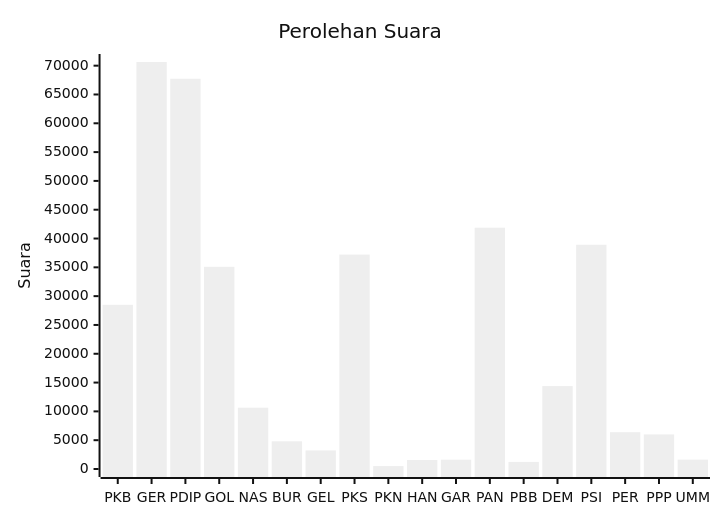
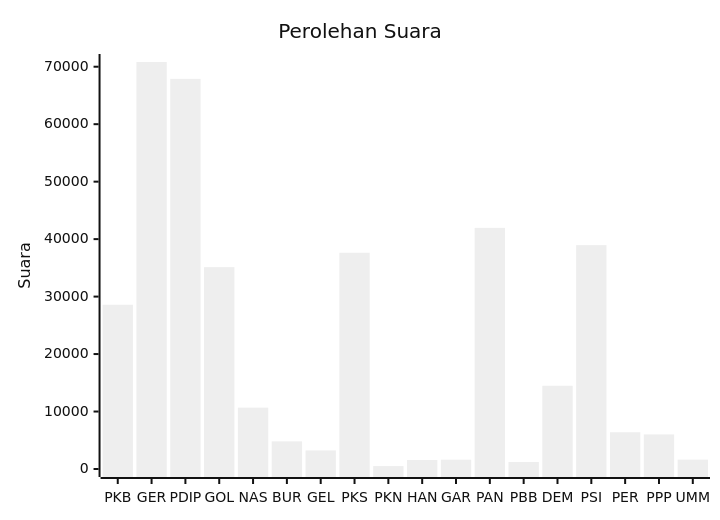
The diagram in pileg-dpr/hitung-suara/sub/table-wilayah-99.md (gigit-pemilu/pemilu-2024), drawn with Mermaid (neutral theme) before and after one commit. The commit also changed other lines of this file and 28 other files, not shown here.

````diff
--- a/pileg-dpr/hitung-suara/sub/table-wilayah-99.md
+++ b/pileg-dpr/hitung-suara/sub/table-wilayah-99.md
@@ -7,7 +7,7 @@
 ```mermaid
 xychart-beta
     title "Perolehan Suara"
     x-axis [PKB, GER, PDIP, GOL, NAS, BUR, GEL, PKS, PKN, HAN, GAR, PAN, PBB, DEM, PSI, PER, PPP, UMM]
-    y-axis "Suara" 0 --> 70637
-    bar [28499, 70637, 67727, 35091, 10635, 4809, 3226, 37216, 502, 1568, 1613, 41877, 1227, 14393, 38916, 6383, 6005, 1623]
+    y-axis "Suara" 0 --> 70821
+    bar [28580, 70821, 67889, 35121, 10674, 4812, 3235, 37627, 503, 1571, 1614, 41963, 1227, 14484, 38957, 6395, 6013, 1626]
 ```
````
